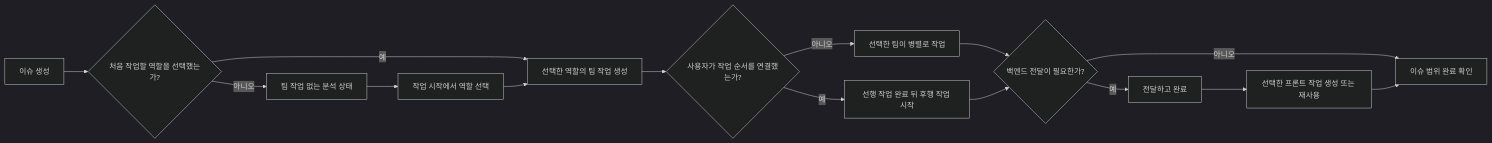
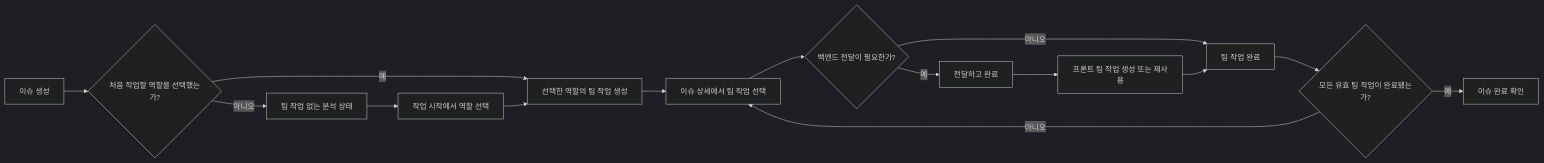
The diagram in docs/planning/006. 이슈 중심 작업 흐름 개편 명세서.md (kimsuhan/rivet), drawn with Mermaid (dark theme) before and after one commit. The commit also changed other lines of this file and 312 other files, not shown here.

````diff
--- a/docs/planning/006. 이슈 중심 작업 흐름 개편 명세서.md
+++ b/docs/planning/006. 이슈 중심 작업 흐름 개편 명세서.md
@@ -86,17 +111,17 @@
 ```mermaid
 flowchart LR
     A["이슈 생성"] --> B{"처음 작업할 역할을 선택했는가?"}
     B -- "아니오" --> C["팀 작업 없는 분석 상태"]
     C --> D["작업 시작에서 역할 선택"]
     B -- "예" --> E["선택한 역할의 팀 작업 생성"]
     D --> E
-    E --> F{"사용자가 작업 순서를 연결했는가?"}
-    F -- "아니오" --> G["선택한 팀이 병렬로 작업"]
-    F -- "예" --> H["선행 작업 완료 뒤 후행 작업 시작"]
-    G --> I{"백엔드 전달이 필요한가?"}
-    H --> I
-    I -- "예" --> J["전달하고 완료"]
-    J --> K["선택한 프론트 작업 생성 또는 재사용"]
-    I -- "아니오" --> L["이슈 범위 완료 확인"]
-    K --> L
+    E --> F["이슈 상세에서 팀 작업 선택"]
+    F --> G{"백엔드 전달이 필요한가?"}
+    G -- "예" --> H["전달하고 완료"]
+    H --> I["프론트 팀 작업 생성 또는 재사용"]
+    G -- "아니오" --> J["팀 작업 완료"]
+    I --> J
+    J --> K{"모든 유효 팀 작업이 완료됐는가?"}
+    K -- "아니오" --> F
+    K -- "예" --> L["이슈 완료 확인"]
 ```
````
